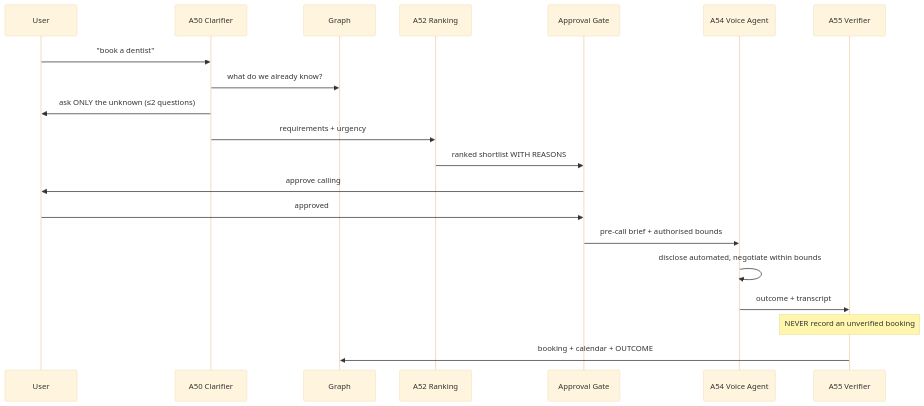
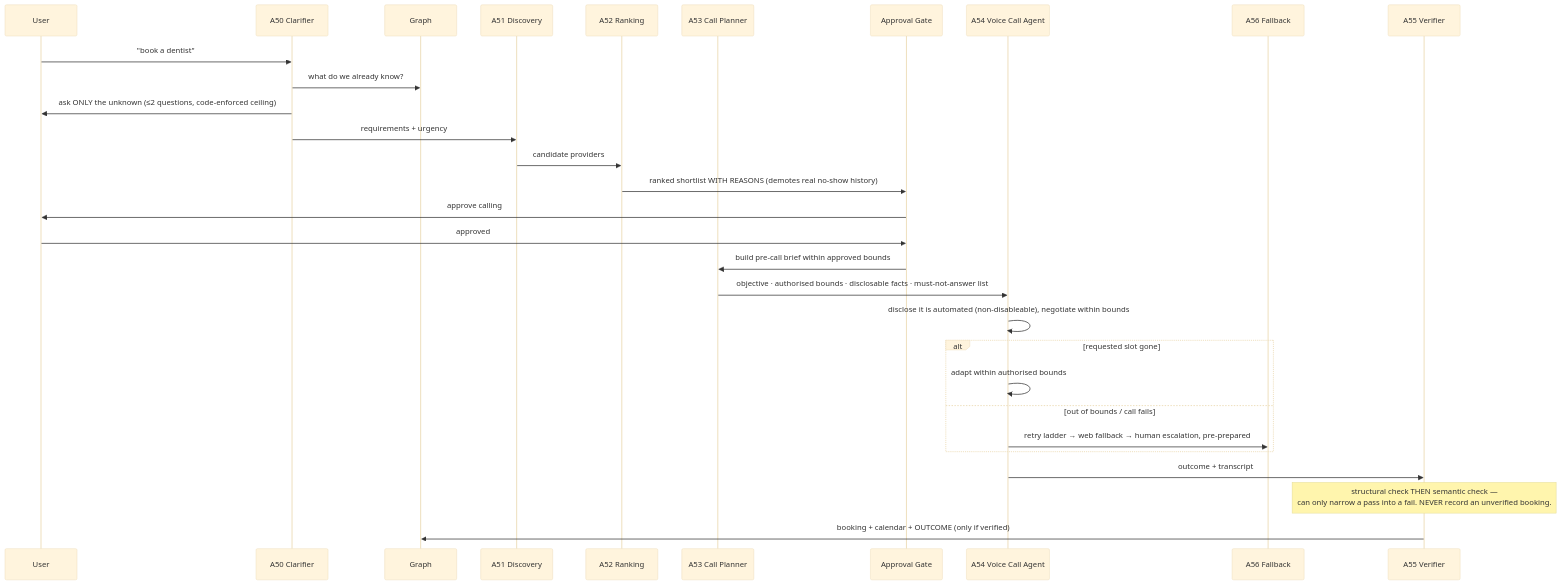
Before and after one commit to doshikaran/GharOS: the diagram in docs/diagrams/05-concierge.md, drawn with Mermaid (base theme). The commit also changed other lines of this file and 69 other files, not shown here.

````diff
--- a/docs/diagrams/05-concierge.md
+++ b/docs/diagrams/05-concierge.md
@@ -5,23 +5,33 @@
 ```mermaid
 sequenceDiagram
     participant U as User
     participant CL as A50 Clarifier
     participant G as Graph
+    participant DS as A51 Discovery
     participant RK as A52 Ranking
+    participant CP as A53 Call Planner
     participant GT as Approval Gate
-    participant VC as A54 Voice Agent
+    participant VC as A54 Voice Call Agent
+    participant FB as A56 Fallback
     participant VF as A55 Verifier
 
     U->>CL: "book a dentist"
     CL->>G: what do we already know?
-    CL->>U: ask ONLY the unknown (≤2 questions)
-    CL->>RK: requirements + urgency
-    RK->>GT: ranked shortlist WITH REASONS
+    CL->>U: ask ONLY the unknown (≤2 questions, code-enforced ceiling)
+    CL->>DS: requirements + urgency
+    DS->>RK: candidate providers
+    RK->>GT: ranked shortlist WITH REASONS (demotes real no-show history)
     GT->>U: approve calling #1?
     U->>GT: approved
-    GT->>VC: pre-call brief + authorised bounds
-    VC->>VC: disclose automated, negotiate within bounds
+    GT->>CP: build pre-call brief within approved bounds
+    CP->>VC: objective · authorised bounds · disclosable facts · must-not-answer list
+    VC->>VC: disclose it is automated (non-disableable), negotiate within bounds
+    alt requested slot gone
+        VC->>VC: adapt within authorised bounds
+    else out of bounds / call fails
+        VC->>FB: retry ladder → web fallback → human escalation, pre-prepared
+    end
     VC->>VF: outcome + transcript
-    Note over VF: NEVER record an unverified booking
-    VF->>G: booking + calendar + OUTCOME
+    Note over VF: structural check THEN semantic check —<br/>can only narrow a pass into a fail. NEVER record an unverified booking.
+    VF->>G: booking + calendar + OUTCOME (only if verified)
 ```
````
